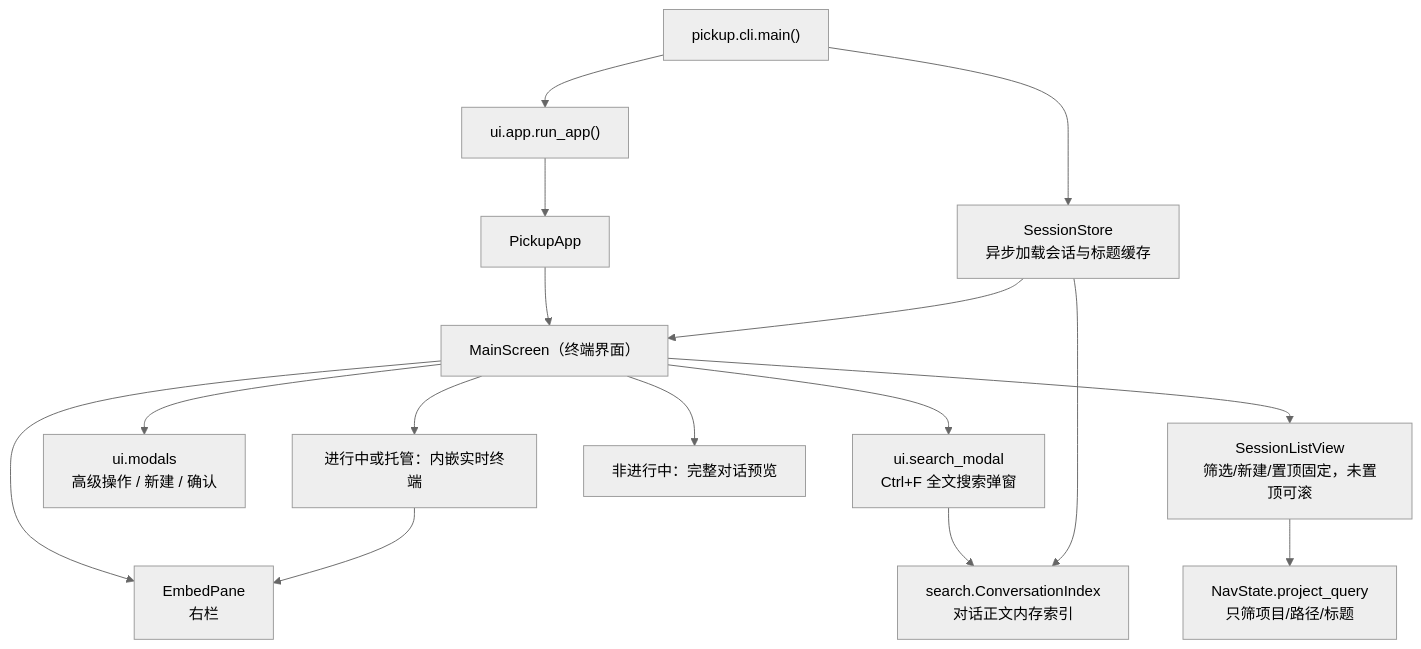
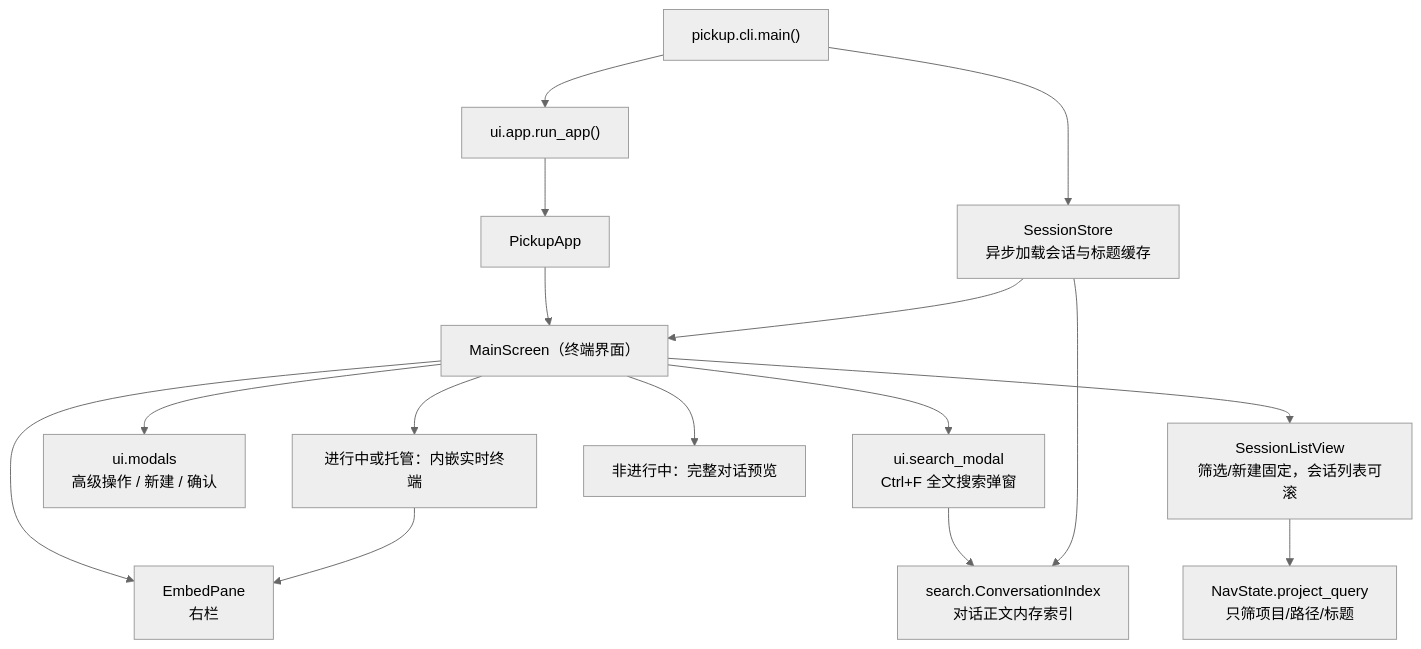
Before and after one commit to x0c/corral: the first of 3 diagrams in docs/TERMINAL_UI_KNOWLEDGE_BASE.md, drawn with Mermaid (neutral theme). The commit also changed other lines of this file and 12 other files, not shown here.

````diff
--- a/docs/TERMINAL_UI_KNOWLEDGE_BASE.md
+++ b/docs/TERMINAL_UI_KNOWLEDGE_BASE.md
@@ -49,18 +49,18 @@
 ```mermaid
 graph TD
     A["pickup.cli.main()"] --> B["SessionStore<br/>异步加载会话与标题缓存"]
     A --> C["ui.app.run_app()"]
     C --> D["PickupApp"]
     D --> E["MainScreen（终端界面）"]
-    E --> F["SessionListView<br/>筛选/新建/置顶固定，未置顶可滚"]
+    E --> F["SessionListView<br/>筛选/新建固定，会话列表可滚"]
     E --> G["EmbedPane<br/>右栏"]
     F --> H["NavState.project_query<br/>只筛项目/路径/标题"]
     E --> I["ui.modals<br/>高级操作 / 新建 / 确认"]
     E --> S["ui.search_modal<br/>Ctrl+F 全文搜索弹窗"]
     S --> T["search.ConversationIndex<br/>对话正文内存索引"]
     B --> T
     B --> E
     E --> J["非进行中：完整对话预览"]
     E --> K["进行中或托管：内嵌实时终端"]
     K --> G
 ```
````
